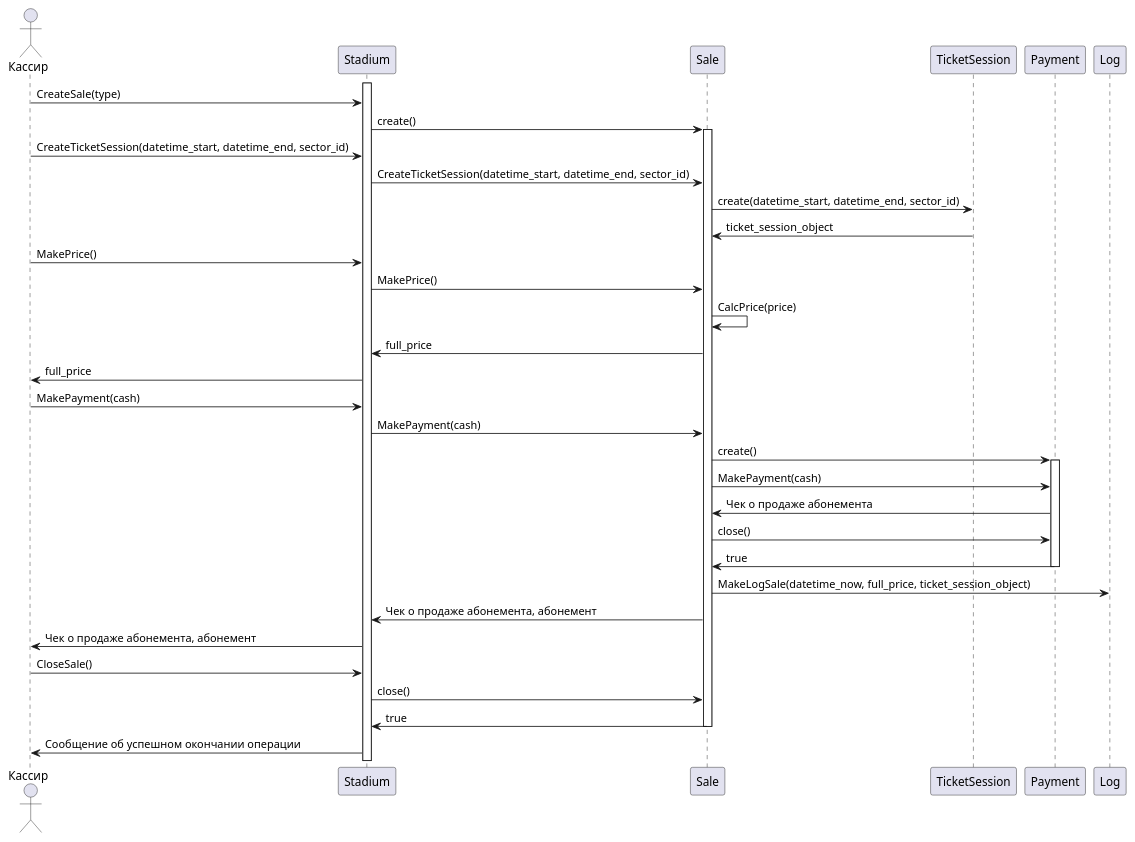
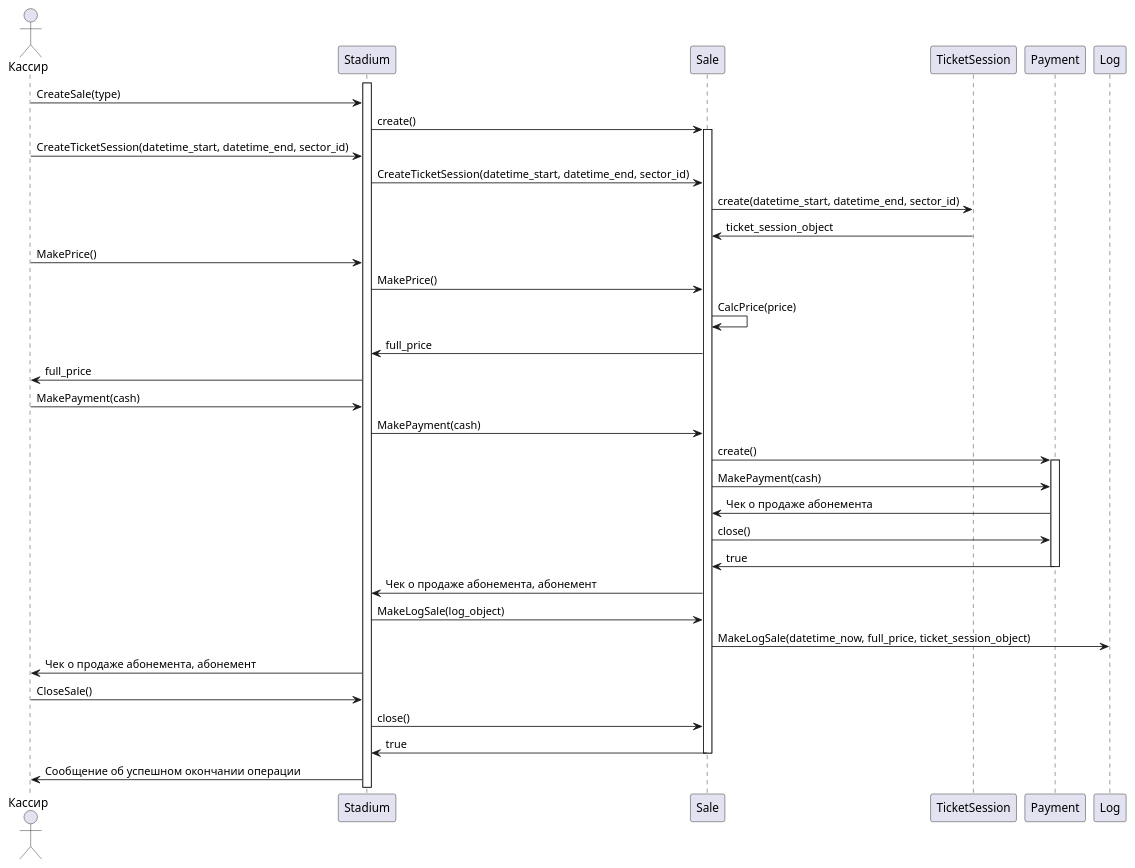
The diagram in Прецеденты/Диаграмма продажи абонемента.md (penamarth/bsbo-03-23_team4_var10_football), drawn with PlantUML before and after one commit. The commit also changed 5 other files, not shown here.

Commit message:
Попытка реализации продажи билетов и абонементов (правка кода и диаграмм)

````diff
--- a/Прецеденты/Диаграмма продажи абонемента.md
+++ b/Прецеденты/Диаграмма продажи абонемента.md
@@ -1,49 +1,50 @@
 ```plantuml
 @startuml
 actor Кассир
 
 activate Stadium
 
 Кассир -> Stadium : CreateSale(type)
 Stadium -> Sale : create()
 activate Sale
 
 Кассир -> Stadium : CreateTicketSession(datetime_start, datetime_end, sector_id)
 Stadium -> Sale : CreateTicketSession(datetime_start, datetime_end, sector_id)
 Sale -> TicketSession : create(datetime_start, datetime_end, sector_id)
 Sale <- TicketSession : ticket_session_object
 
 
 Кассир -> Stadium : MakePrice()
 Stadium -> Sale : MakePrice()
 
 Sale -> Sale : CalcPrice(price)
 
 
 Stadium <- Sale : full_price
 Кассир <- Stadium : full_price
 
 Кассир -> Stadium : MakePayment(cash)
 Stadium -> Sale : MakePayment(cash)
 Sale -> Payment : create()
 
 activate Payment
 Sale -> Payment : MakePayment(cash)
 Sale <- Payment : Чек о продаже абонемента
 Sale -> Payment : close()
 Sale <- Payment : true
 deactivate Payment
 
+Stadium <- Sale : Чек о продаже абонемента, абонемент
+
+Stadium -> Sale : MakeLogSale(log_object)
 Sale -> Log : MakeLogSale(datetime_now, full_price, ticket_session_object)
 
-Stadium <- Sale : Чек о продаже абонемента, абонемент
 Кассир <- Stadium : Чек о продаже абонемента, абонемент
-
 
 Кассир -> Stadium : CloseSale()
 Stadium -> Sale : close()
 Stadium <- Sale : true
 deactivate Sale
 Кассир <- Stadium : Сообщение об успешном окончании операции
 @enduml
 ```
````
